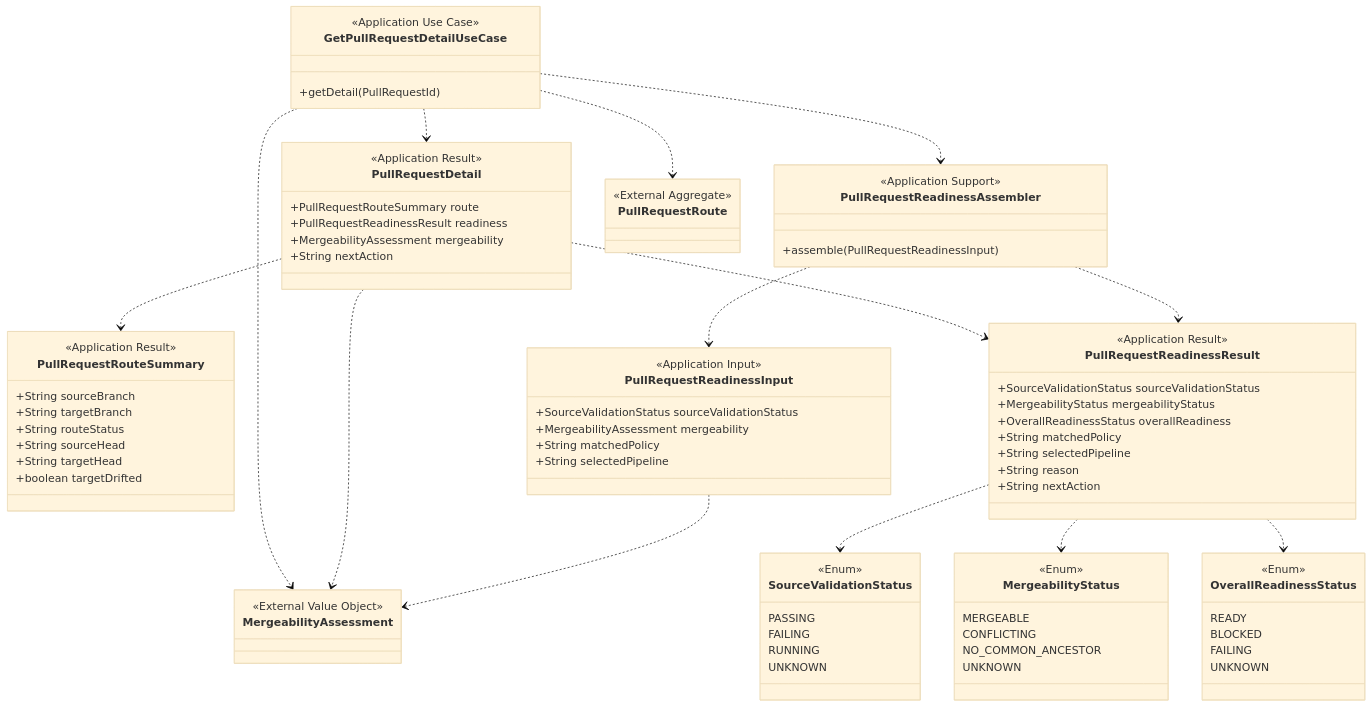
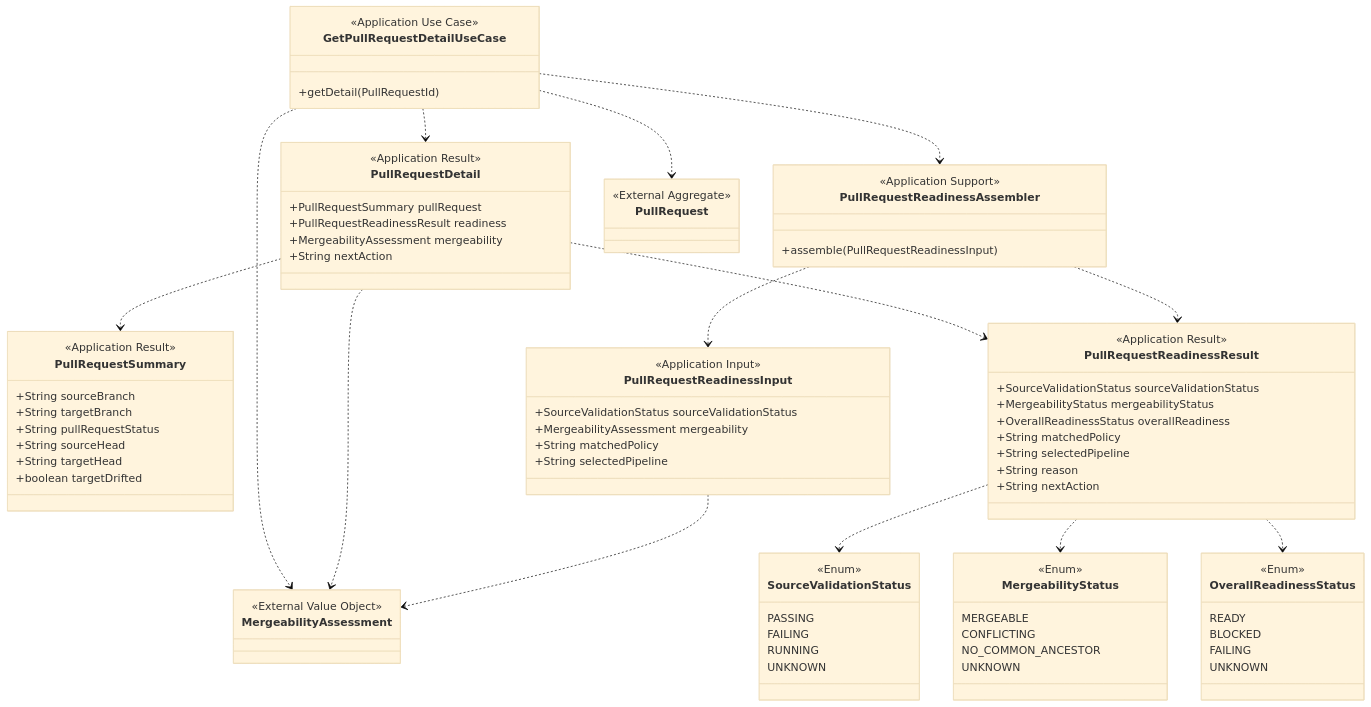
One commit to jgitkins/jgitkins changed the diagram in docs/modeling/domain/pull-request-readiness-context.md. Above: the diagram before and after it, drawn with Mermaid (base theme). The commit also changed other lines of this file and 32 other files, not shown here.

Commit message:
refactor: 2.15 [server] introduce pull request domain persistence seam

```diff
--- a/docs/modeling/domain/pull-request-readiness-context.md
+++ b/docs/modeling/domain/pull-request-readiness-context.md
@@ -122,17 +122,17 @@
 
     class PullRequestDetail {
         <<Application Result>>
-        +PullRequestRouteSummary route
+        +PullRequestSummary pullRequest
         +PullRequestReadinessResult readiness
         +MergeabilityAssessment mergeability
         +String nextAction
     }
 
-    class PullRequestRouteSummary {
+    class PullRequestSummary {
         <<Application Result>>
         +String sourceBranch
         +String targetBranch
-        +String routeStatus
+        +String pullRequestStatus
         +String sourceHead
         +String targetHead
         +boolean targetDrifted
@@ -162,7 +162,7 @@
         +assemble(PullRequestReadinessInput)
     }
 
-    class PullRequestRoute {
+    class PullRequest {
         <<External Aggregate>>
     }
 
@@ -194,11 +194,11 @@
         UNKNOWN
     }
 
-    GetPullRequestDetailUseCase ..> PullRequestRoute
+    GetPullRequestDetailUseCase ..> PullRequest
     GetPullRequestDetailUseCase ..> MergeabilityAssessment
     GetPullRequestDetailUseCase ..> PullRequestReadinessAssembler
     GetPullRequestDetailUseCase ..> PullRequestDetail
-    PullRequestDetail ..> PullRequestRouteSummary
+    PullRequestDetail ..> PullRequestSummary
     PullRequestDetail ..> PullRequestReadinessResult
     PullRequestDetail ..> MergeabilityAssessment
     PullRequestReadinessInput ..> MergeabilityAssessment
```
